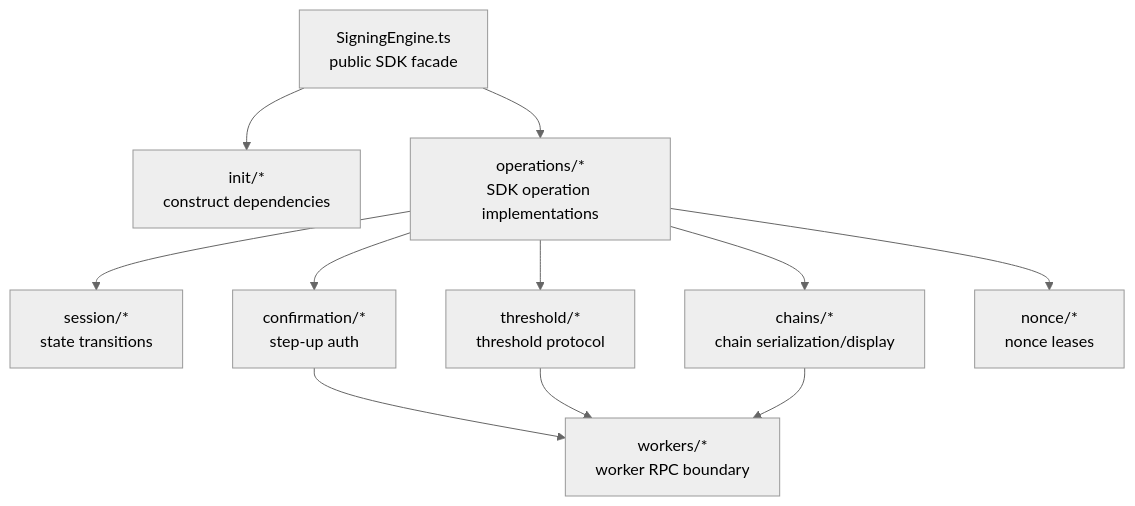
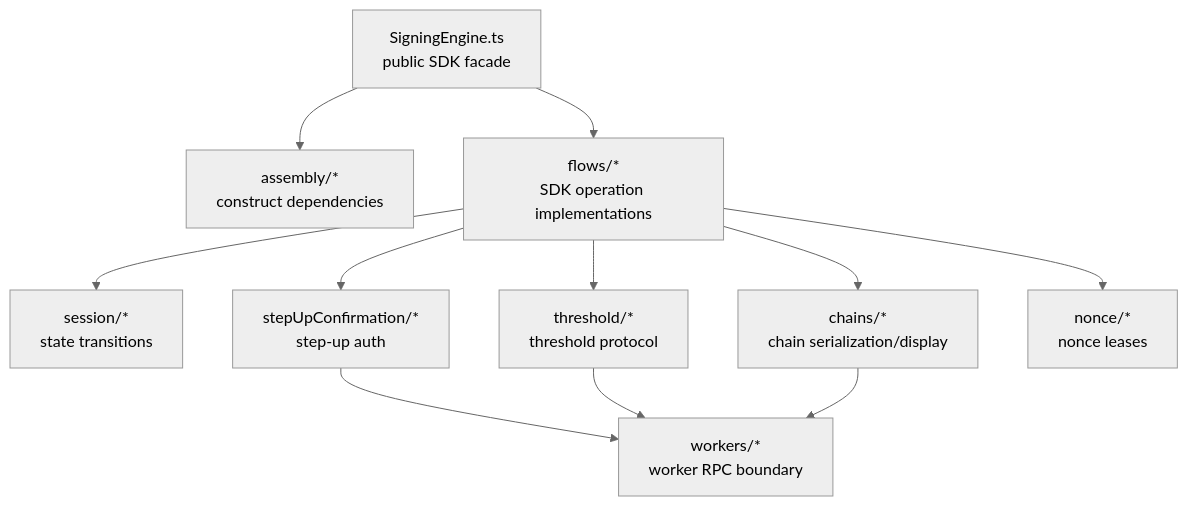
Before and after one commit to seams-tech/seams-sdk: the first of 9 diagrams in docs/refactor-33.md, drawn with Mermaid (neutral theme). The commit also changed other lines of this file and 655 other files, not shown here.

Commit message:
refactor signing engine architecture

````diff
--- a/docs/refactor-33.md
+++ b/docs/refactor-33.md
@@ -36,15 +37,15 @@
 ```mermaid
 flowchart TD
-  SE["SigningEngine.ts\npublic SDK facade"] --> INIT["init/*\nconstruct dependencies"]
-  SE --> OPS["operations/*\nSDK operation implementations"]
+  SE["SigningEngine.ts\npublic SDK facade"] --> INIT["assembly/*\nconstruct dependencies"]
+  SE --> OPS["flows/*\nSDK operation implementations"]
 
   OPS --> SESSION["session/*\nstate transitions"]
-  OPS --> CONFIRM["confirmation/*\nstep-up auth"]
+  OPS --> CONFIRM["stepUpConfirmation/*\nstep-up auth"]
   OPS --> THRESHOLD["threshold/*\nthreshold protocol"]
   OPS --> CHAINS["chains/*\nchain serialization/display"]
   OPS --> NONCE["nonce/*\nnonce leases"]
 
   CONFIRM --> WORKERS["workers/*\nworker RPC boundary"]
   THRESHOLD --> WORKERS
   CHAINS --> WORKERS
 ```
````
